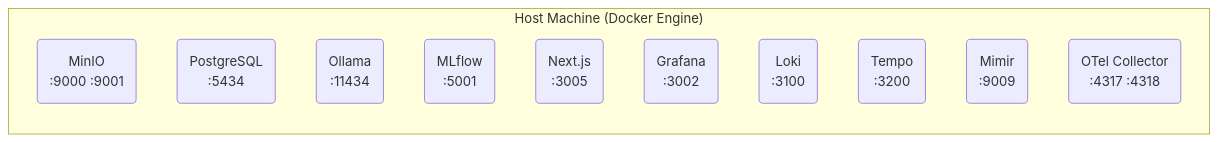
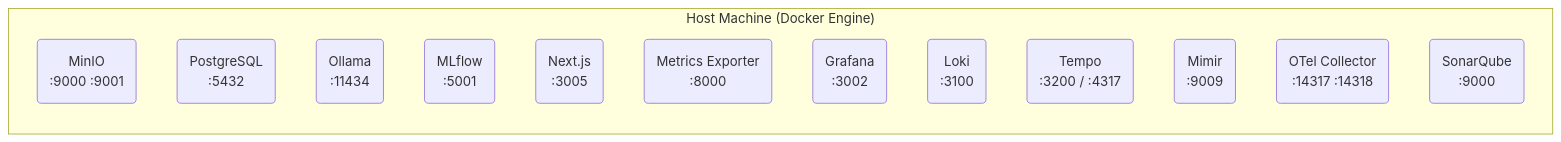
One commit to BugMentor/sdet-agent changed the third of 7 diagrams in README.md. Above: the diagram before and after it, drawn with Mermaid. The commit also changed other lines of this file and 4 other files, not shown here.

````diff
--- a/README.md
+++ b/README.md
@@ -116,17 +117,19 @@
 ```mermaid
 graph TD
     subgraph Host["Host Machine (Docker Engine)"]
         direction TB
         MinIO("MinIO<br/>:9000 :9001")
-        Postgres("PostgreSQL<br/>:5434")
+        Postgres("PostgreSQL<br/>:5432")
         Ollama("Ollama<br/>:11434")
         MLflow("MLflow<br/>:5001")
         Web("Next.js<br/>:3005")
+        Metrics("Metrics Exporter<br/>:8000")
         Grafana("Grafana<br/>:3002")
         Loki("Loki<br/>:3100")
-        Tempo("Tempo<br/>:3200")
+        Tempo("Tempo<br/>:3200 / :4317")
         Mimir("Mimir<br/>:9009")
-        OTel("OTel Collector<br/>:4317 :4318")
+        OTel("OTel Collector<br/>:14317 :14318")
+        Sonar("SonarQube<br/>:9000")
     end
 
 ```
````
